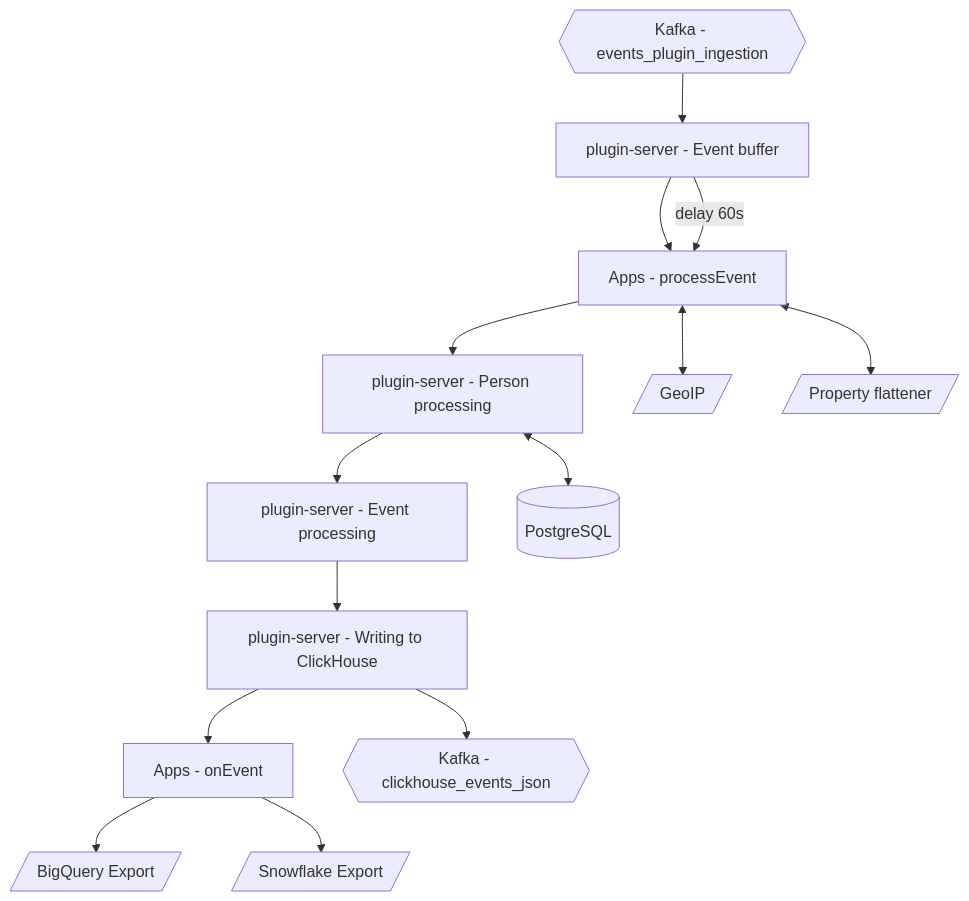
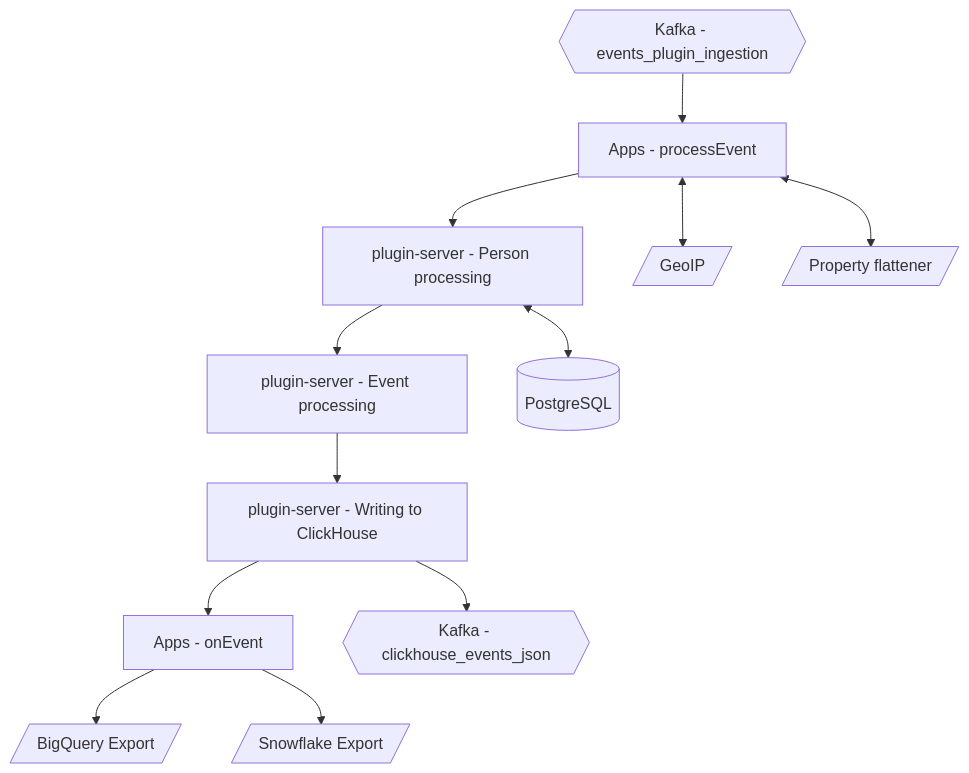
The second of 2 diagrams in contents/docs/how-posthog-works/ingestion-pipeline.mdx (PostHog/posthog.com), drawn with Mermaid before and after one commit. The commit also changed other lines of this file, not shown here.

Commit message:
Nuke more mentions of event buffer

````diff
--- a/contents/docs/how-posthog-works/ingestion-pipeline.mdx
+++ b/contents/docs/how-posthog-works/ingestion-pipeline.mdx
@@ -50,35 +49,32 @@
 ```mermaid
 flowchart TD
-    STEP1["plugin-server - Event buffer"]
     STEP2["Apps - processEvent"]
     STEP3["plugin-server - Person processing"]
     STEP4["plugin-server - Event processing"]
     STEP5["plugin-server - Writing to ClickHouse"]
     STEP6["Apps - onEvent"]
     APPS1[/"GeoIP"/]
     APPS3[/"Property flattener"/]
     APPS2[/"BigQuery Export"/]
     APPS4[/"Snowflake Export"/]
     PERSONS[("PostgreSQL")]
     KafkaIn{{"Kafka - events_plugin_ingestion"}}
     KafkaOut{{"Kafka - clickhouse_events_json"}}
 
-    KafkaIn --> STEP1
+    KafkaIn --> STEP2
 
-    STEP1 --> STEP2
-    STEP1 --delay 60s--> STEP2
     STEP2 --> STEP3
     STEP3 --> STEP4
     STEP4 --> STEP5
     STEP5 --> STEP6
 
     STEP2 <--> APPS1
     STEP2 <--> APPS3
     STEP6 --> APPS2
     STEP6 --> APPS4
 
     STEP5 --> KafkaOut
 
     STEP3 <--> PERSONS
 
 ```
````
